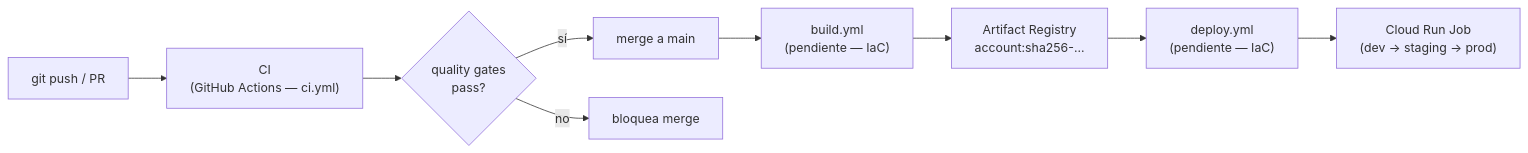
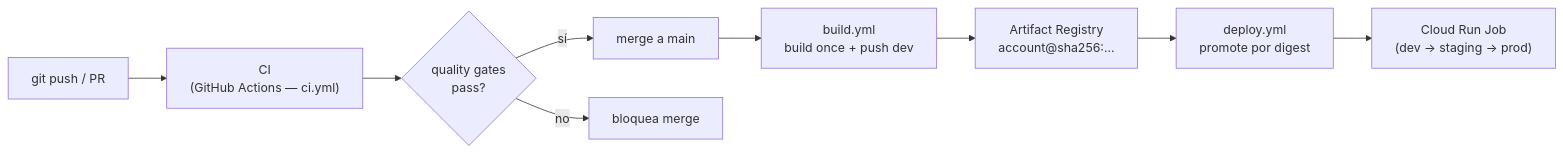
One commit to alopezm-ironside/datalake-platform changed the second of 2 diagrams in docs/architecture/README.md. Above: the diagram before and after it, drawn with Mermaid. The commit also changed other lines of this file and 3 other files, not shown here.

First line of the commit message:
ci: add build and deploy workflows (build-once, promote by digest)

````diff
--- a/docs/architecture/README.md
+++ b/docs/architecture/README.md
@@ -201,11 +201,11 @@
 ```mermaid
 flowchart LR
     A["git push / PR"] --> B["CI<br/>(GitHub Actions — ci.yml)"]
     B --> C{"quality gates<br/>pass?"}
     C -- "sí" --> D["merge a main"]
     C -- "no" --> E["bloquea merge"]
-    D --> F["build.yml<br/>(pendiente — IaC)"]
-    F --> G["Artifact Registry<br/>account:sha256-..."]
-    G --> H["deploy.yml<br/>(pendiente — IaC)"]
+    D --> F["build.yml<br/>build once + push dev"]
+    F --> G["Artifact Registry<br/>account@sha256:..."]
+    G --> H["deploy.yml<br/>promote por digest"]
     H --> I["Cloud Run Job<br/>(dev → staging → prod)"]
 ```
````
